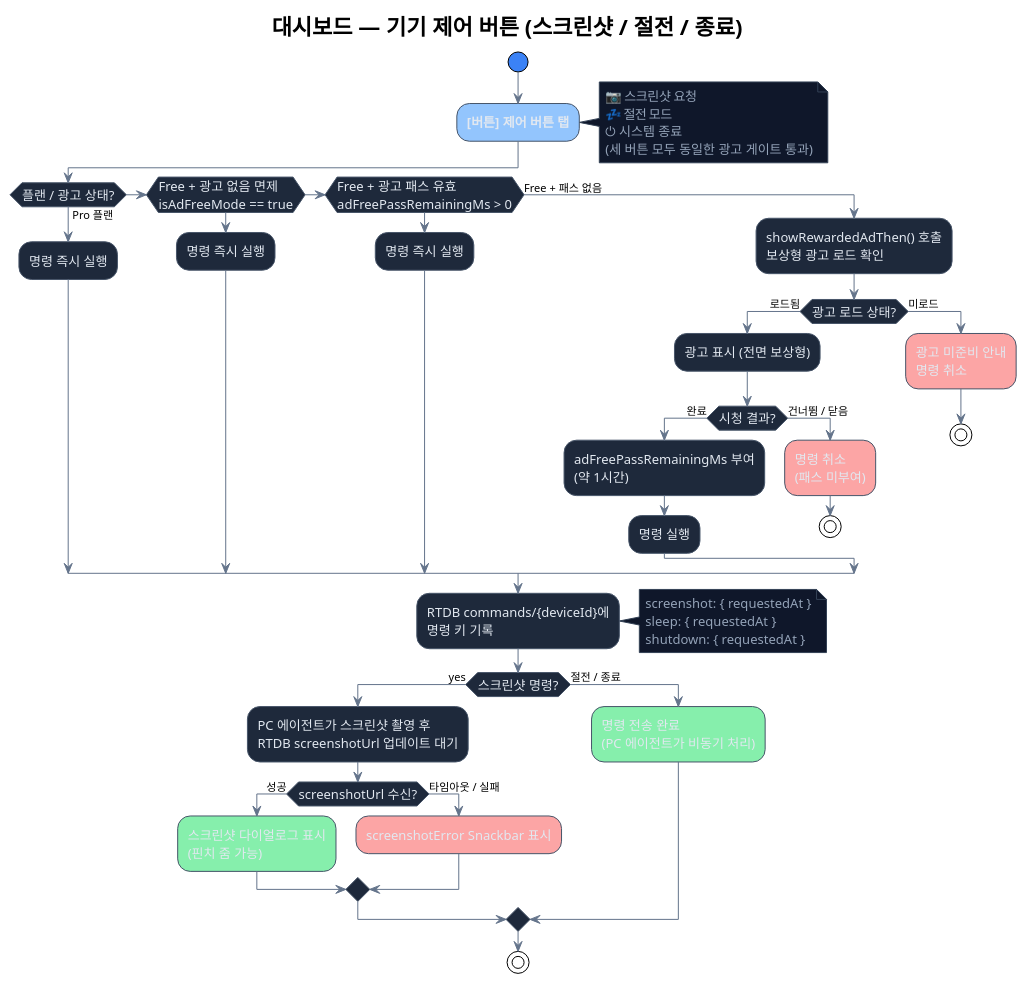
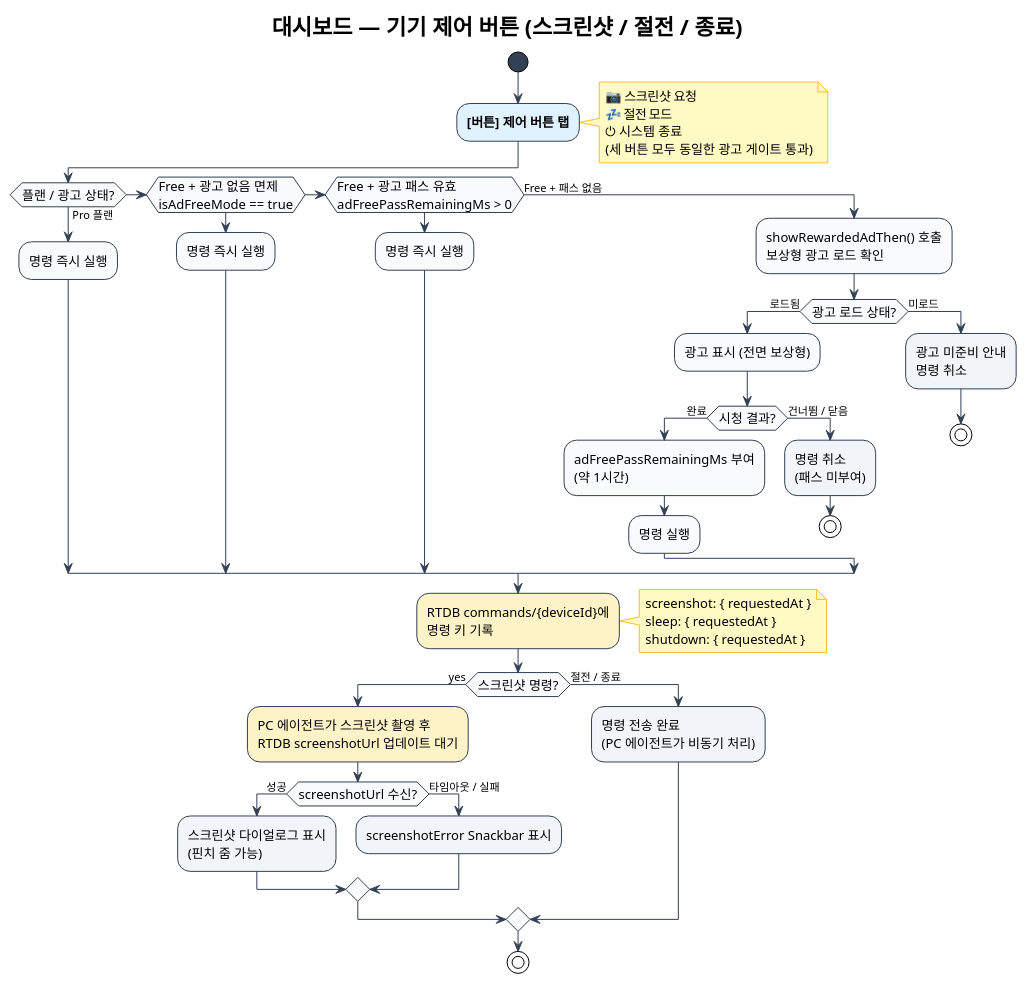
Before and after one commit to doubtmyself/ProgeressEye: the diagram in docs/mobile-app/diagrams/04-dashboard-controls.puml, drawn with PlantUML. The commit also changed 12 other files, not shown here.

```diff
--- a/docs/mobile-app/diagrams/04-dashboard-controls.puml
+++ b/docs/mobile-app/diagrams/04-dashboard-controls.puml
@@ -1,94 +1,96 @@
 @startuml
 !theme plain
 title 대시보드 — 기기 제어 버튼 (스크린샷 / 절전 / 종료)
 
 skinparam defaultFontSize 13
 skinparam ArrowFontSize 11
 skinparam activity {
-  BackgroundColor #1E293B
-  BorderColor #475569
-  FontColor #E2E8F0
-  StartColor #3B82F6
-  EndColor #3B82F6
-  BarColor #475569
+  BackgroundColor #F8FAFC
+  BorderColor #334155
+  FontColor #000000
+  StartColor #334155
+  EndColor #334155
+  BarColor #334155
 }
-skinparam ArrowColor #64748B
-skinparam NoteBackgroundColor #0F172A
-skinparam NoteBorderColor #334155
-skinparam NoteFontColor #94A3B8
+skinparam note {
+  BackgroundColor #FFF9C4
+  BorderColor #FBC02D
+  FontColor #000000
+}
+skinparam ArrowColor #334155
 
 start
 
-#93C5FD:**[버튼] 제어 버튼 탭**;
+#E0F2FE:**[버튼] 제어 버튼 탭**;
 note right
   📷 스크린샷 요청
   💤 절전 모드
   ⏻ 시스템 종료
   (세 버튼 모두 동일한 광고 게이트 통과)
 end note
 
 if (플랜 / 광고 상태?) then (Pro 플랜)
 
   :명령 즉시 실행;
 
 elseif (Free + 광고 없음 면제\nisAdFreeMode == true) then
 
   :명령 즉시 실행;
 
 elseif (Free + 광고 패스 유효\nadFreePassRemainingMs > 0) then
 
   note right
     TopBar에 남은 시간 카운트다운 표시
     (예: "Free 0:42")
   end note
   :명령 즉시 실행;
 
 else (Free + 패스 없음)
 
   :showRewardedAdThen() 호출\n보상형 광고 로드 확인;
 
   if (광고 로드 상태?) then (로드됨)
 
     :광고 표시 (전면 보상형);
 
     if (시청 결과?) then (완료)
       :adFreePassRemainingMs 부여\n(약 1시간);
       :명령 실행;
     else (건너뜀 / 닫음)
-      #FCA5A5:명령 취소\n(패스 미부여);
+      #F1F5F9:명령 취소\n(패스 미부여);
       stop
     endif
 
   else (미로드)
-    #FCA5A5:광고 미준비 안내\n명령 취소;
+    #F1F5F9:광고 미준비 안내\n명령 취소;
     stop
   endif
 
 endif
 
-:RTDB commands/{deviceId}에\n명령 키 기록;
+#FEF3C7:RTDB commands/{deviceId}에\n명령 키 기록;
 note right
   screenshot: { requestedAt }
   sleep: { requestedAt }
   shutdown: { requestedAt }
 end note
 
 if (스크린샷 명령?) then (yes)
 
-  :PC 에이전트가 스크린샷 촬영 후\nRTDB screenshotUrl 업데이트 대기;
+  #FEF3C7:PC 에이전트가 스크린샷 촬영 후\nRTDB screenshotUrl 업데이트 대기;
 
   if (screenshotUrl 수신?) then (성공)
-    #86EFAC:스크린샷 다이얼로그 표시\n(핀치 줌 가능);
+    #F1F5F9:스크린샷 다이얼로그 표시\n(핀치 줌 가능);
   else (타임아웃 / 실패)
-    #FCA5A5:screenshotError Snackbar 표시;
+    #F1F5F9:screenshotError Snackbar 표시;
   endif
 
 else (절전 / 종료)
 
-  #86EFAC:명령 전송 완료\n(PC 에이전트가 비동기 처리);
+  #F1F5F9:명령 전송 완료\n(PC 에이전트가 비동기 처리);
 
 endif
 
 stop
 
 @enduml
```
